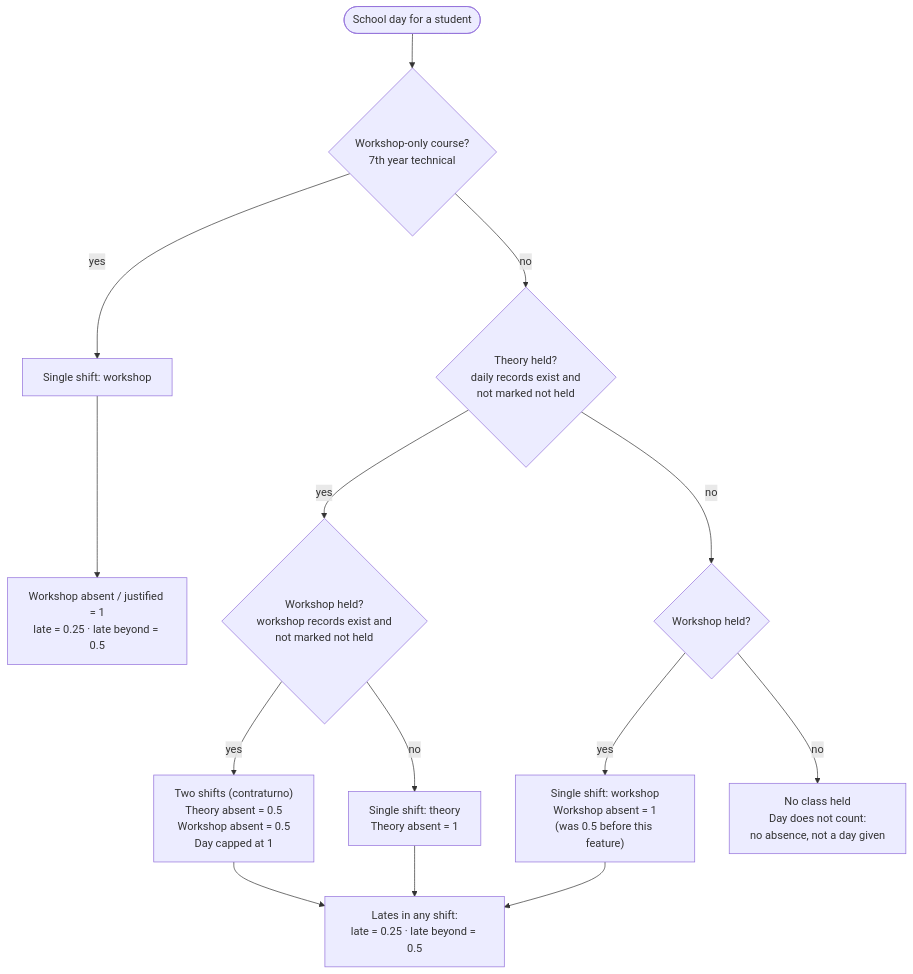
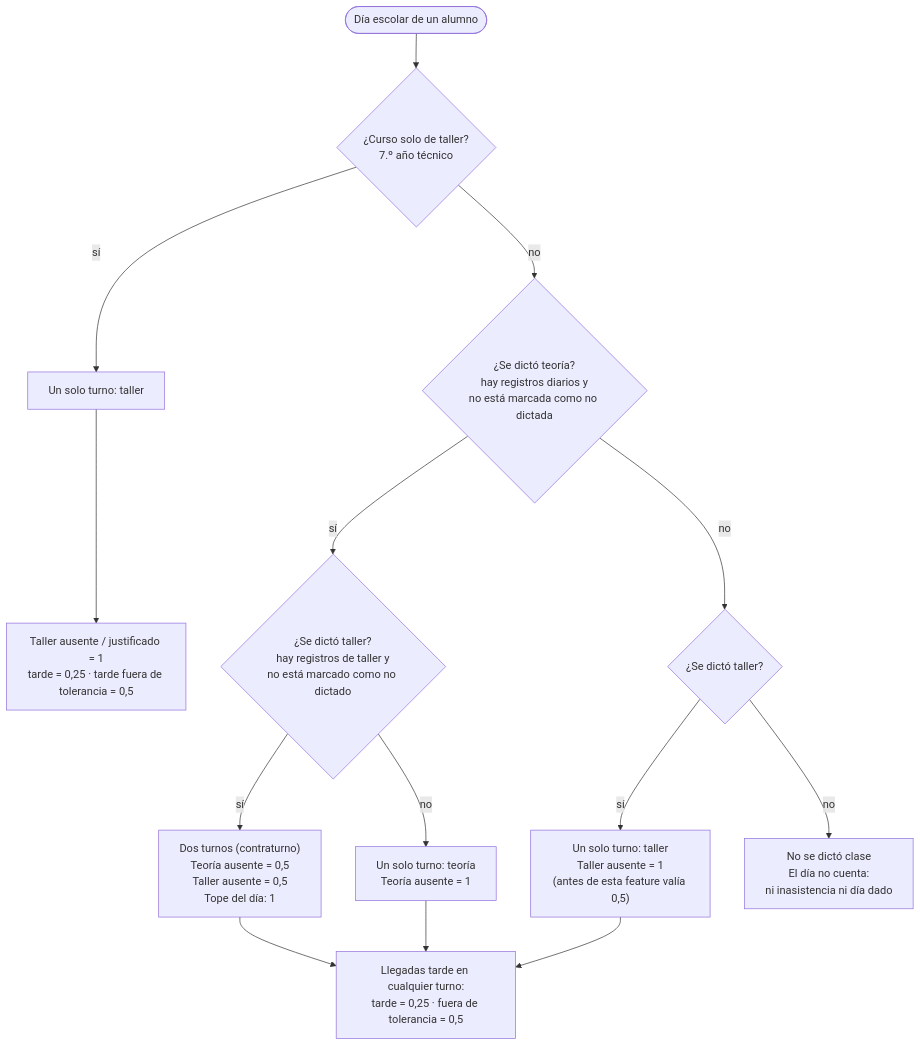
The first of 2 diagrams in docs/attendance-absence-weights.md (ianespinillo/vir-ttend), drawn with Mermaid before and after one commit. The commit also changed other lines of this file and 1 other file, not shown here.

Commit message:
docs: write the absence weights guide in Spanish

````diff
--- a/docs/attendance-absence-weights.md
+++ b/docs/attendance-absence-weights.md
@@ -24,20 +26,20 @@
 ```mermaid
 flowchart TD
-    start([School day for a student]) --> wo{Workshop-only course?<br/>7th year technical}
-    wo -- yes --> single1[Single shift: workshop]
-    single1 --> w1["Workshop absent / justified = 1<br/>late = 0.25 · late beyond = 0.5"]
+    start([Día escolar de un alumno]) --> wo{¿Curso solo de taller?<br/>7.º año técnico}
+    wo -- sí --> single1[Un solo turno: taller]
+    single1 --> w1["Taller ausente / justificado = 1<br/>tarde = 0,25 · tarde fuera de tolerancia = 0,5"]
 
-    wo -- no --> th{Theory held?<br/>daily records exist and<br/>not marked not held}
-    th -- yes --> ws{Workshop held?<br/>workshop records exist and<br/>not marked not held}
-    th -- no --> ws2{Workshop held?}
+    wo -- no --> th{¿Se dictó teoría?<br/>hay registros diarios y<br/>no está marcada como no dictada}
+    th -- sí --> ws{¿Se dictó taller?<br/>hay registros de taller y<br/>no está marcado como no dictado}
+    th -- no --> ws2{¿Se dictó taller?}
 
-    ws -- yes --> both["Two shifts (contraturno)<br/>Theory absent = 0.5<br/>Workshop absent = 0.5<br/>Day capped at 1"]
-    ws -- no --> onlyTheory["Single shift: theory<br/>Theory absent = 1"]
+    ws -- sí --> both["Dos turnos (contraturno)<br/>Teoría ausente = 0,5<br/>Taller ausente = 0,5<br/>Tope del día: 1"]
+    ws -- no --> onlyTheory["Un solo turno: teoría<br/>Teoría ausente = 1"]
 
-    ws2 -- yes --> onlyWorkshop["Single shift: workshop<br/>Workshop absent = 1<br/>(was 0.5 before this feature)"]
-    ws2 -- no --> none["No class held<br/>Day does not count:<br/>no absence, not a day given"]
+    ws2 -- sí --> onlyWorkshop["Un solo turno: taller<br/>Taller ausente = 1<br/>(antes de esta feature valía 0,5)"]
+    ws2 -- no --> none["No se dictó clase<br/>El día no cuenta:<br/>ni inasistencia ni día dado"]
 
-    both --> late["Lates in any shift:<br/>late = 0.25 · late beyond = 0.5"]
+    both --> late["Llegadas tarde en cualquier turno:<br/>tarde = 0,25 · fuera de tolerancia = 0,5"]
     onlyTheory --> late
     onlyWorkshop --> late
 ```
````
